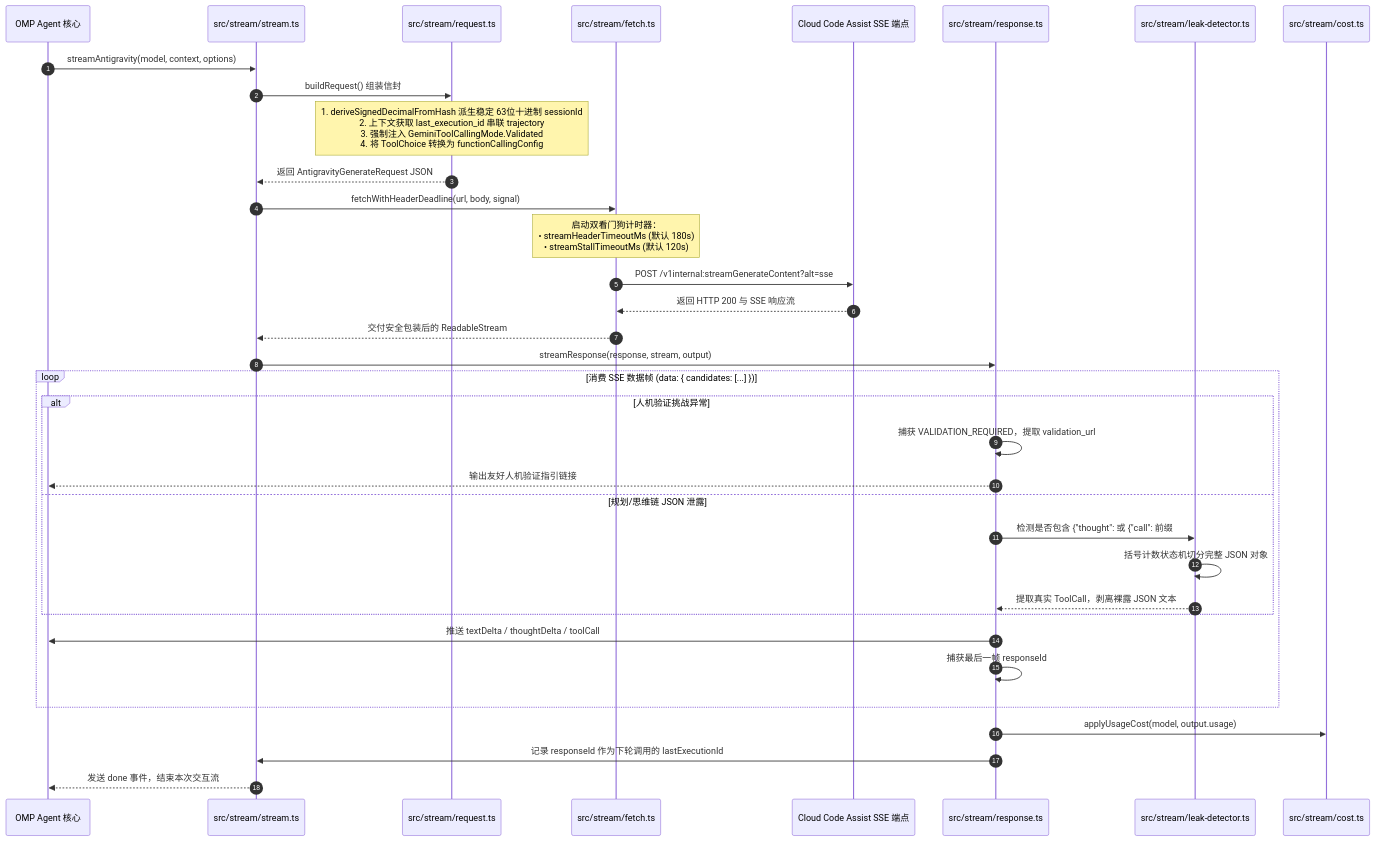
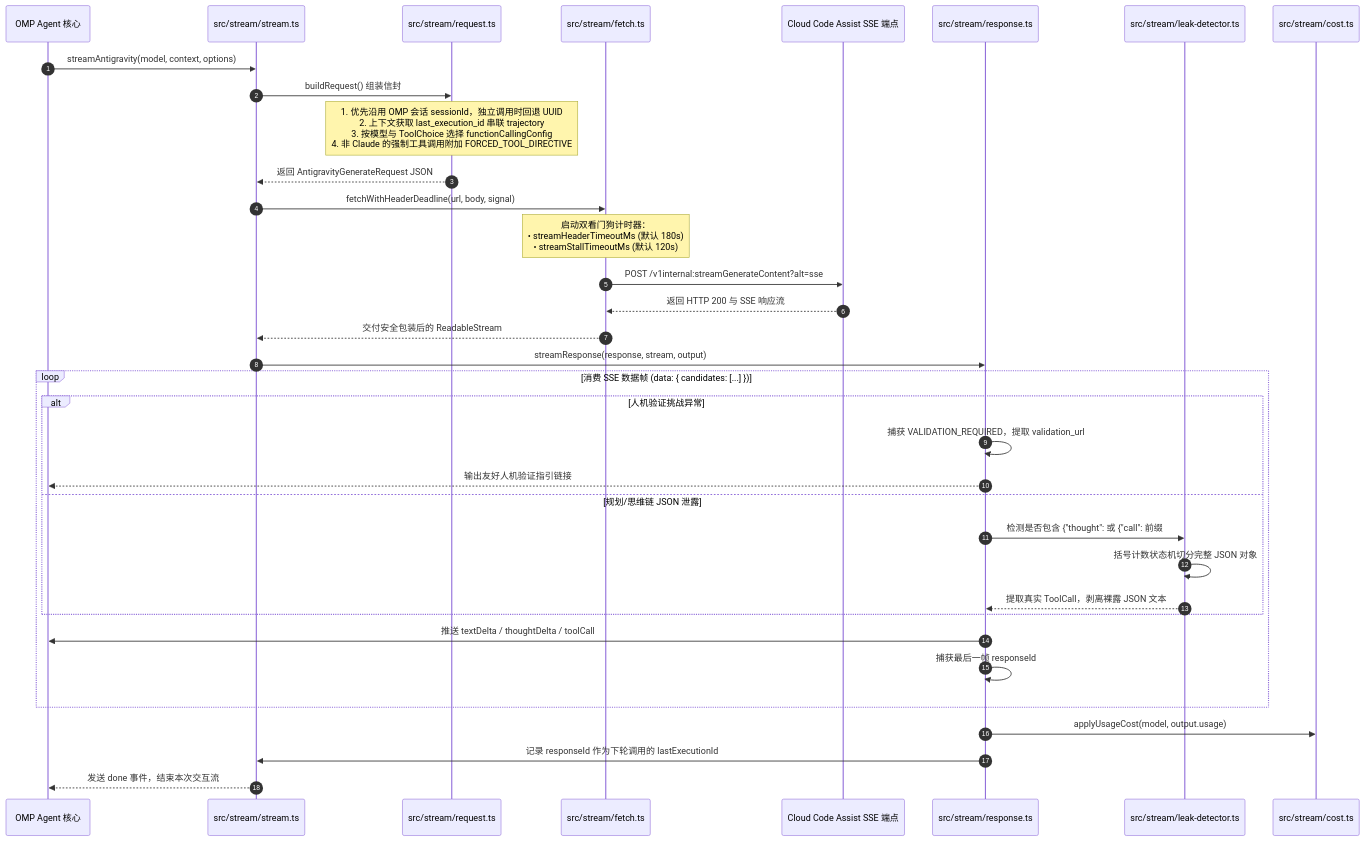
One commit to oscs1024-pixel/omp-antigravity changed the third of 7 diagrams in README.md. Above: the diagram before and after it, drawn with Mermaid. The commit also changed other lines of this file and 26 other files, not shown here.

````diff
--- a/README.md
+++ b/README.md
@@ -211,43 +211,43 @@
 ```mermaid
 sequenceDiagram
     autonumber
     participant Agent as OMP Agent 核心
     participant Stream as src/stream/stream.ts
     participant Req as src/stream/request.ts
     participant Fetch as src/stream/fetch.ts
     participant Google as Cloud Code Assist SSE 端点
     participant Resp as src/stream/response.ts
     participant Leak as src/stream/leak-detector.ts
     participant Cost as src/stream/cost.ts
 
     Agent->>Stream: streamAntigravity(model, context, options)
     Stream->>Req: buildRequest() 组装信封
-    Note over Req: 1. deriveSignedDecimalFromHash 派生稳定 63位十进制 sessionId<br/>2. 上下文获取 last_execution_id 串联 trajectory<br/>3. 强制注入 GeminiToolCallingMode.Validated<br/>4. 将 ToolChoice 转换为 functionCallingConfig
+    Note over Req: 1. 优先沿用 OMP 会话 sessionId，独立调用时回退 UUID<br/>2. 上下文获取 last_execution_id 串联 trajectory<br/>3. 按模型与 ToolChoice 选择 functionCallingConfig<br/>4. 非 Claude 的强制工具调用附加 FORCED_TOOL_DIRECTIVE
     Req-->>Stream: 返回 AntigravityGenerateRequest JSON
 
     Stream->>Fetch: fetchWithHeaderDeadline(url, body, signal)
     Note over Fetch: 启动双看门狗计时器：<br/>• streamHeaderTimeoutMs (默认 180s)<br/>• streamStallTimeoutMs (默认 120s)
     Fetch->>Google: POST /v1internal:streamGenerateContent?alt=sse
 
     Google-->>Fetch: 返回 HTTP 200 与 SSE 响应流
     Fetch-->>Stream: 交付安全包装后的 ReadableStream
     Stream->>Resp: streamResponse(response, stream, output)
 
     loop 消费 SSE 数据帧 (data: { candidates: [...] })
         alt 人机验证挑战异常
             Resp->>Resp: 捕获 VALIDATION_REQUIRED，提取 validation_url
             Resp-->>Agent: 输出友好人机验证指引链接
         else 规划/思维链 JSON 泄露
             Resp->>Leak: 检测是否包含 {"thought": 或 {"call": 前缀
             Leak->>Leak: 括号计数状态机切分完整 JSON 对象
             Leak-->>Resp: 提取真实 ToolCall，剥离裸露 JSON 文本
         end
 
         Resp->>Agent: 推送 textDelta / thoughtDelta / toolCall
         Resp->>Resp: 捕获最后一帧 responseId
     end
 
     Resp->>Cost: applyUsageCost(model, output.usage)
     Resp->>Stream: 记录 responseId 作为下轮调用的 lastExecutionId
     Stream-->>Agent: 发送 done 事件，结束本次交互流
 ```
````
